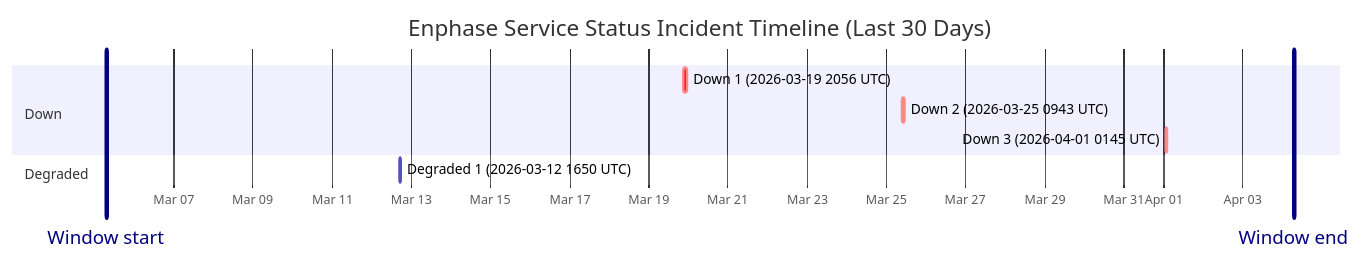
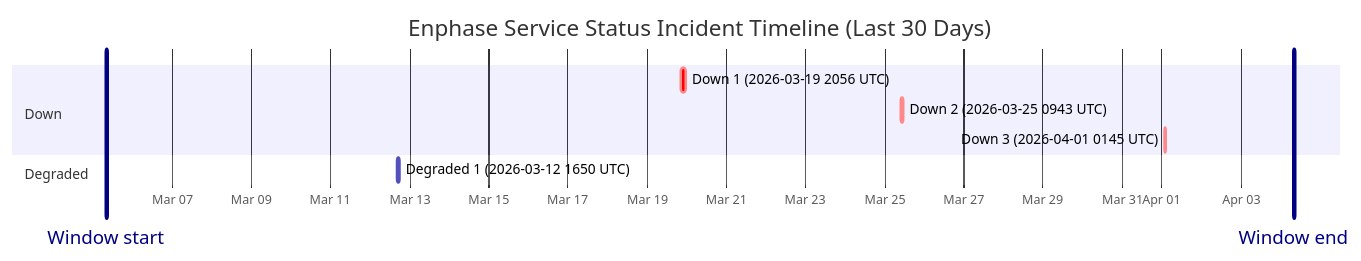
One commit to barneyonline/ha-enphase-ev-charger changed the diagram in wiki/Service-Status-History.md. Above: the diagram before and after it, drawn with Mermaid. The commit also changed other lines of this file and 3 other files, not shown here.

````diff
--- a/wiki/Service-Status-History.md
+++ b/wiki/Service-Status-History.md
@@ -14,14 +14,14 @@
 ```mermaid
 gantt
     title Enphase Service Status Incident Timeline (Last 30 Days)
     dateFormat  YYYY-MM-DDTHH:mm:ss
     axisFormat  %b %d
-    Window start :vert, window-start, 2026-03-05T07:00:27, 0ms
-    Window end :vert, window-end, 2026-04-04T07:00:27, 0ms
+    Window start :vert, window-start, 2026-03-05T08:01:59, 0ms
+    Window end :vert, window-end, 2026-04-04T08:01:59, 0ms
     section Down
     Down 1 (2026-03-19 2056 UTC) :crit, down-1, 2026-03-19T20:56:20, 145m
     Down 2 (2026-03-25 0943 UTC) :crit, down-2, 2026-03-25T09:43:28, 111m
     Down 3 (2026-04-01 0145 UTC) :crit, down-3, 2026-04-01T01:45:09, 60m
     section Degraded
     Degraded 1 (2026-03-12 1650 UTC) :active, degraded-1, 2026-03-12T16:50:43, 60m
 ```
````
